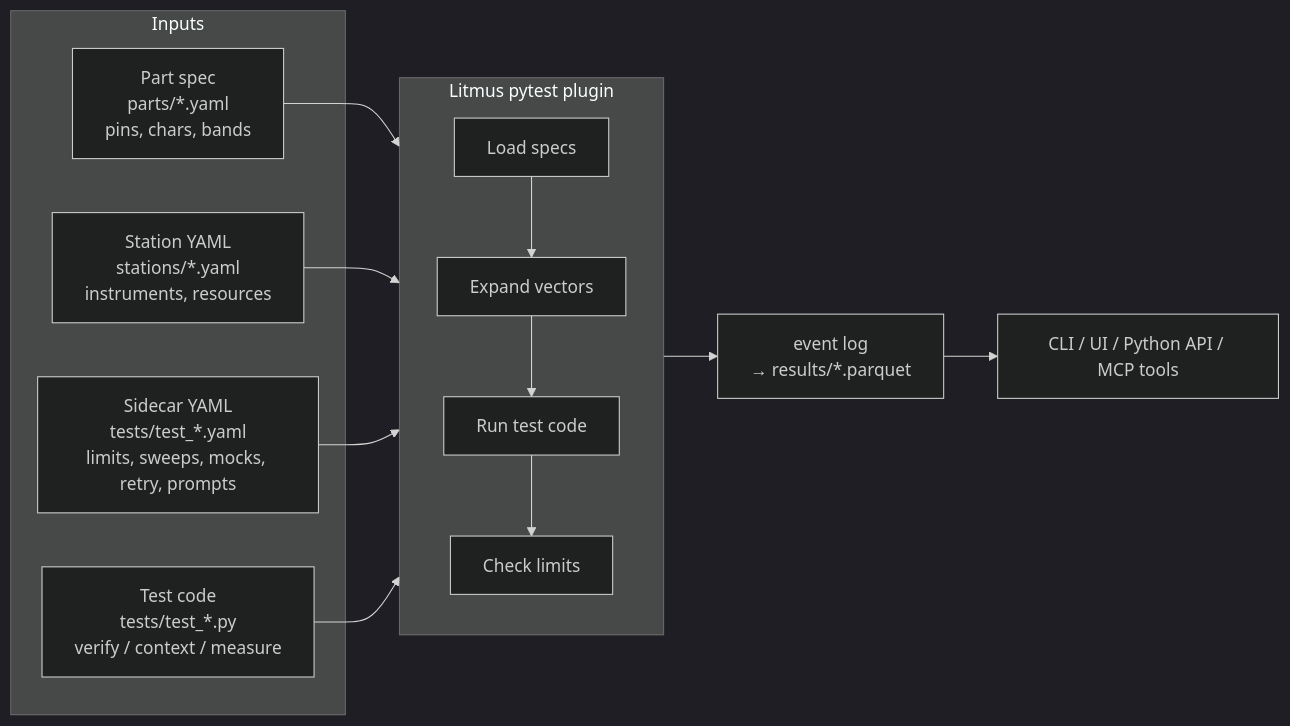
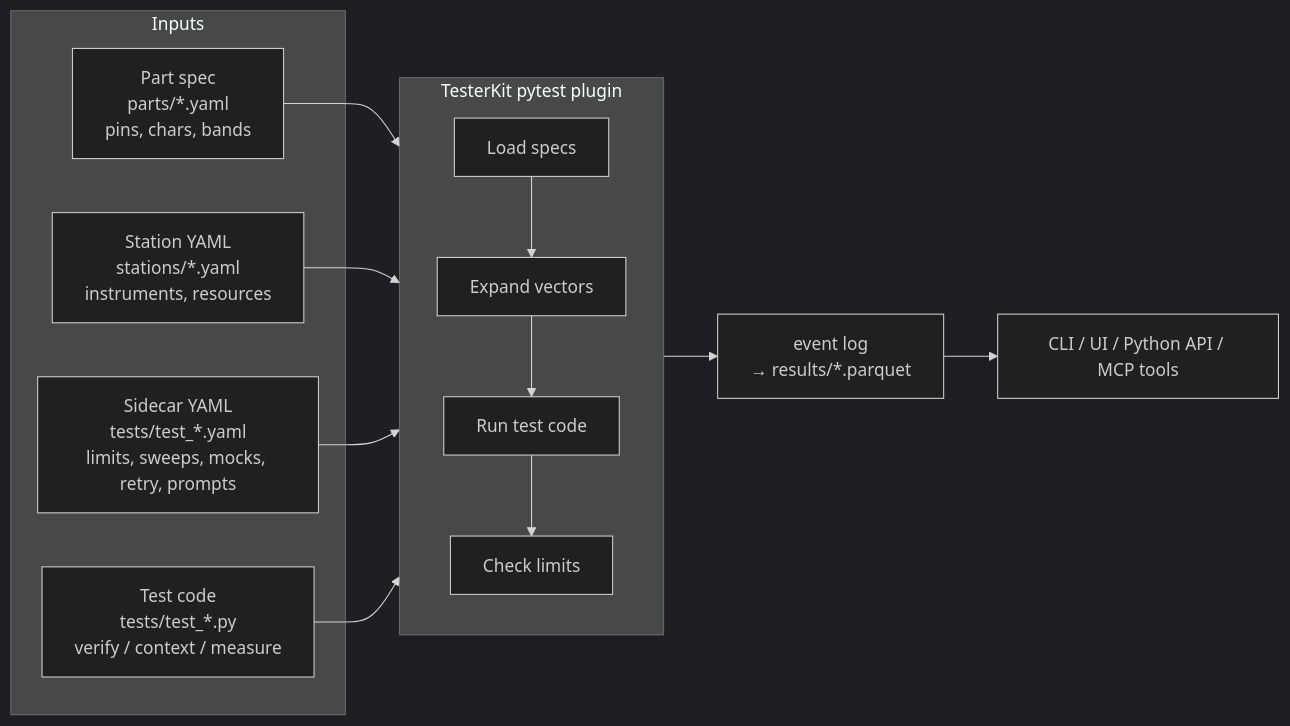
Before and after one commit to pragmatest-dev/testerkit: the first of 9 diagrams in docs/concepts/overview/architecture.md, drawn with Mermaid (dark theme). The commit also changed other lines of this file and 1180 other files, not shown here.

````diff
--- a/docs/concepts/overview/architecture.md
+++ b/docs/concepts/overview/architecture.md
@@ -7,23 +7,23 @@
 ```mermaid
 flowchart LR
     subgraph Inputs
         P[Part spec<br/>parts/*.yaml<br/>pins, chars, bands]
         S[Station YAML<br/>stations/*.yaml<br/>instruments, resources]
         SC[Sidecar YAML<br/>tests/test_*.yaml<br/>limits, sweeps, mocks, retry, prompts]
         T[Test code<br/>tests/test_*.py<br/>verify / context / measure]
     end
 
-    subgraph Plugin[Litmus pytest plugin]
+    subgraph Plugin[TesterKit pytest plugin]
         L[Load specs] --> EX[Expand vectors]
         EX --> RUN[Run test code]
         RUN --> CHK[Check limits]
     end
 
     P --> Plugin
     S --> Plugin
     SC --> Plugin
     T --> Plugin
 
     Plugin --> O[event log<br/>→ results/*.parquet]
     O --> A[CLI / UI / Python API / MCP tools]
 ```
````
